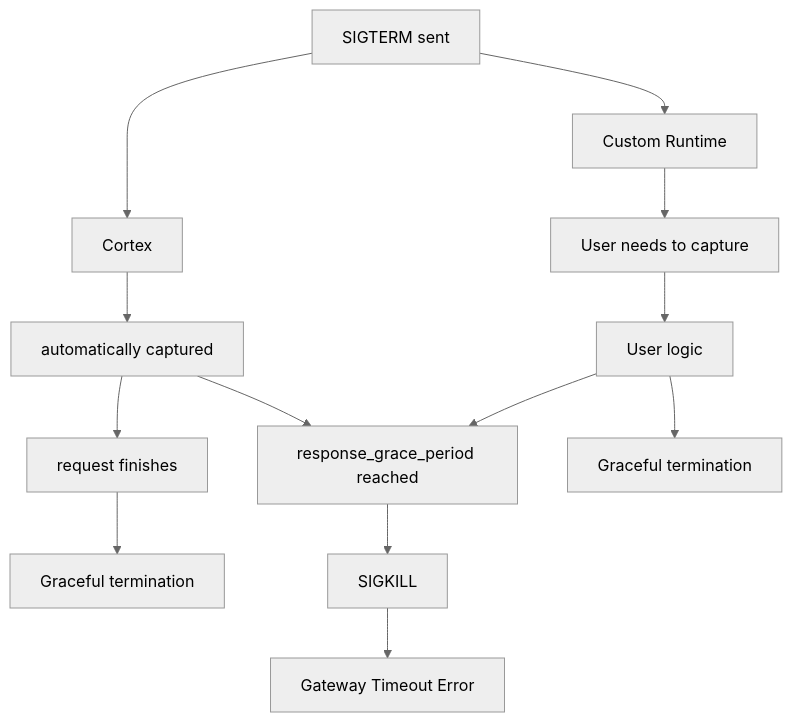
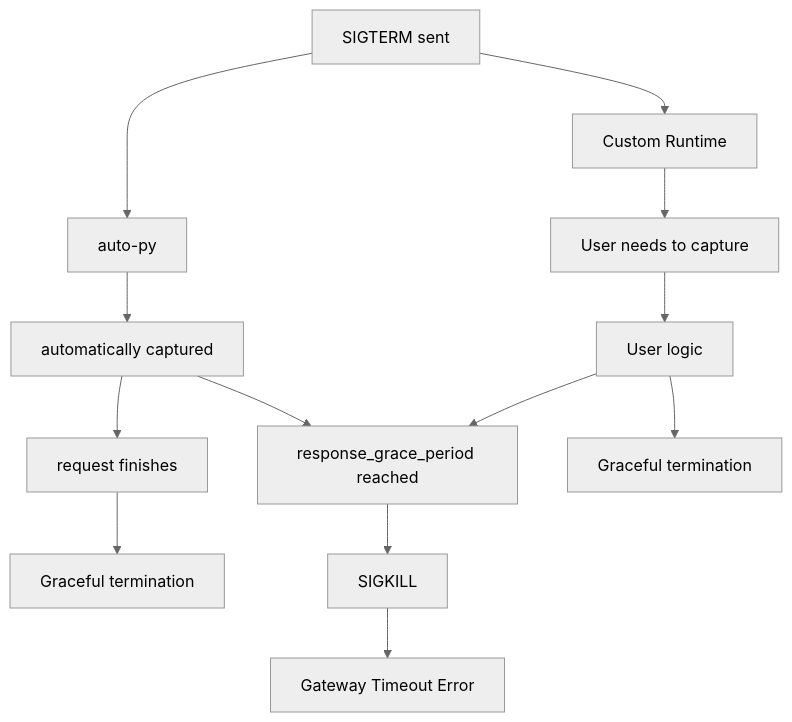
The diagram in cerebrium/scaling/graceful-termination.mdx (CerebriumAI/documentation), drawn with Mermaid (neutral theme) before and after one commit. The commit also changed other lines of this file and 29 other files, not shown here.

First line of the commit message:
docs: rename runtime.cortex to runtime.auto-py, dependencies to deps

````diff
--- a/cerebrium/scaling/graceful-termination.mdx
+++ b/cerebrium/scaling/graceful-termination.mdx
@@ -23,21 +23,21 @@
 ```mermaid
 flowchart TD
-    A[SIGTERM sent] --> B[Cortex]
+    A[SIGTERM sent] --> B[auto-py]
     A --> C[Custom Runtime]
 
     B --> D[automatically captured]
     C --> E[User needs to capture]
 
     D --> F[request finishes]
     D --> G[response_grace_period reached]
 
     E --> H[User logic]
 
     F --> I[Graceful termination]
     G --> J[SIGKILL]
 
     H --> O[Graceful termination]
     H --> G[response_grace_period reached]
 
     J --> K[Gateway Timeout Error]
 ```
````
